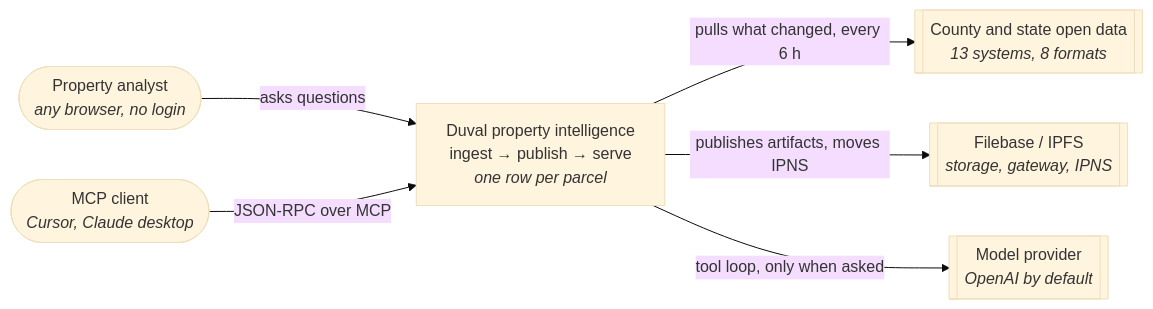
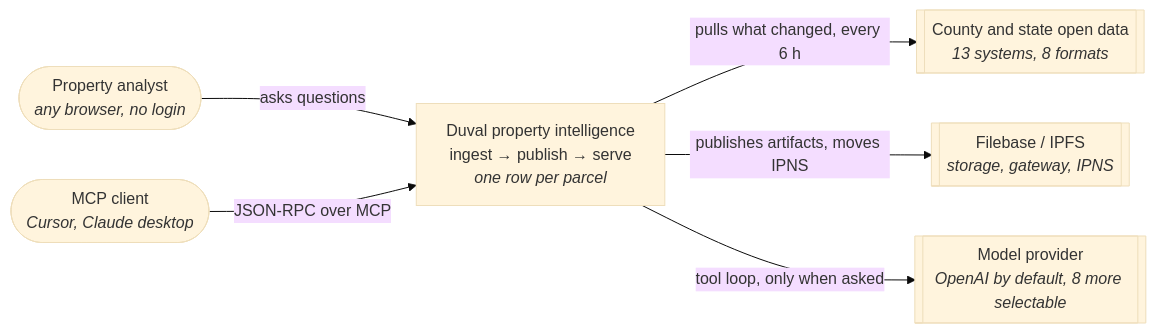
One commit to m-ratnikov/oracle-property-intelligence-platform-pipeline-duval-fl changed the first of 9 diagrams in docs/ARCHITECTURE.md. Above: the diagram before and after it, drawn with Mermaid (base theme). The commit also changed other lines of this file and 43 other files, not shown here.

````diff
--- a/docs/ARCHITECTURE.md
+++ b/docs/ARCHITECTURE.md
@@ -28,17 +28,17 @@
 ```mermaid
 flowchart LR
     analyst(["Property analyst<br/><i>any browser, no login</i>"])
     mcpuser(["MCP client<br/><i>Cursor, Claude desktop</i>"])
 
     core["Duval property intelligence<br/>ingest → publish → serve<br/><i>one row per parcel</i>"]
 
     sources[["County and state open data<br/><i>13 systems, 8 formats</i>"]]
     ipfs[["Filebase / IPFS<br/><i>storage, gateway, IPNS</i>"]]
-    llm[["Model provider<br/><i>OpenAI by default</i>"]]
+    llm[["Model provider<br/><i>OpenAI by default, 8 more selectable</i>"]]
 
     analyst -->|asks questions| core
     mcpuser -->|JSON-RPC over MCP| core
     core -->|pulls what changed, every 6 h| sources
     core -->|publishes artifacts, moves IPNS| ipfs
     core -->|tool loop, only when asked| llm
 ```
````
